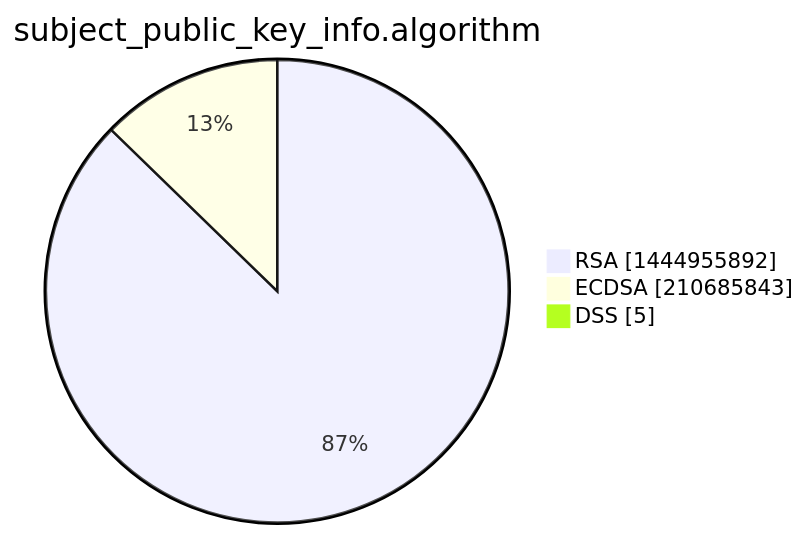
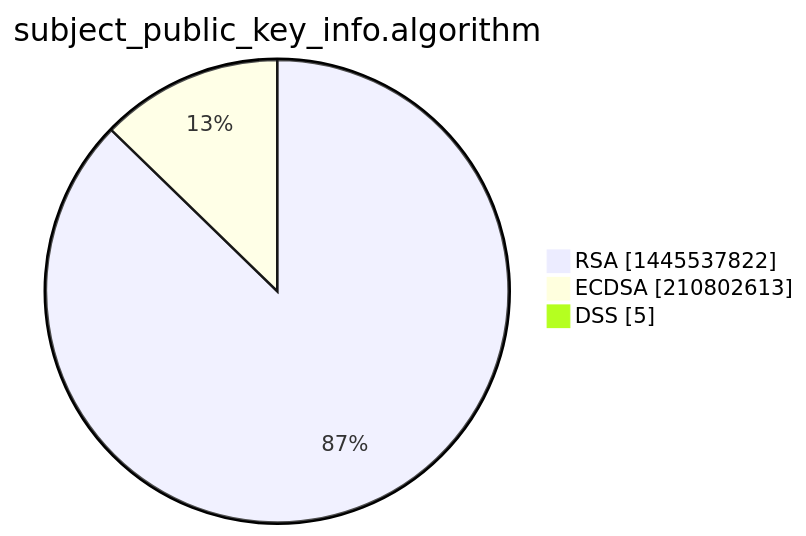
Before and after one commit to christiankrug/ctmonitor_visualization: the third of 15 diagrams in xenon2022/README.md, drawn with Mermaid. The commit also changed other lines of this file, not shown here.

````diff
--- a/xenon2022/README.md
+++ b/xenon2022/README.md
@@ -14,7 +14,7 @@
 ```mermaid
 pie showData
 title subject_public_key_info.algorithm
-"RSA" :1444955892
-"ECDSA" :210685843
+"RSA" :1445537822
+"ECDSA" :210802613
 "DSS" :5
 ```
````
